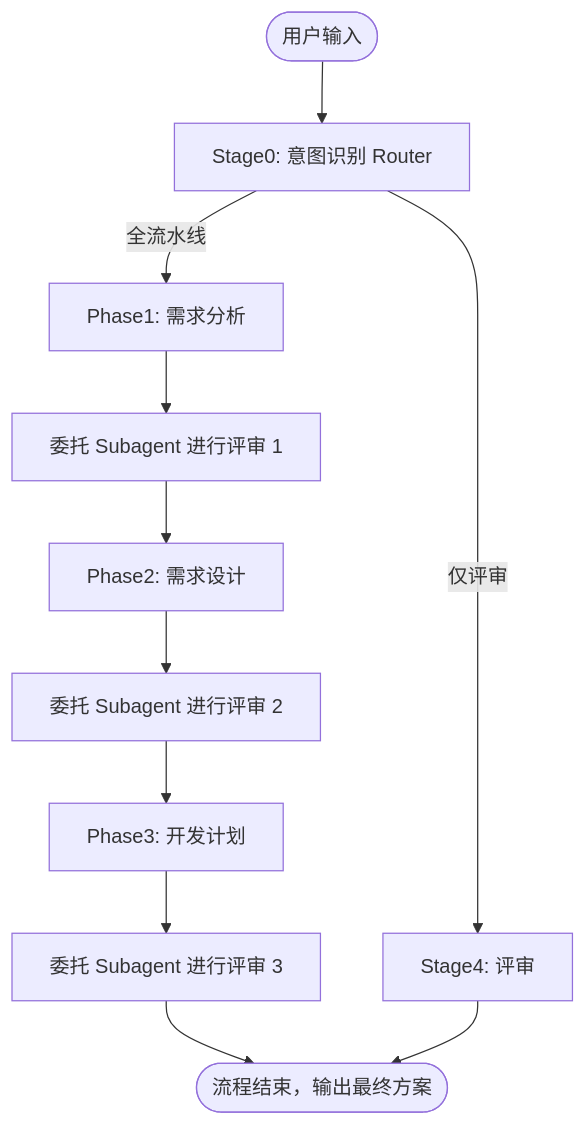
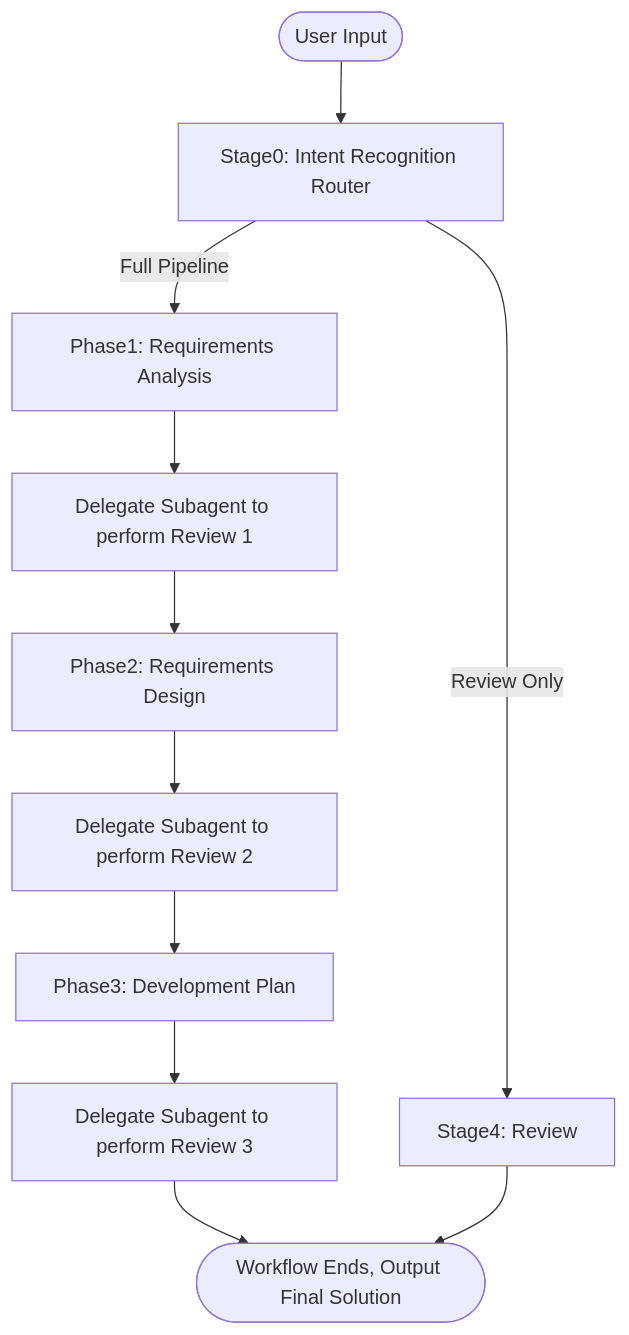
The diagram in src/builtin/skills/requirements-designer/SKILL.md (aiimoyu/hyper-designer), drawn with Mermaid before and after one commit. The commit also changed other lines of this file and 13 other files, not shown here.

First line of the commit message:
Refactor requirements designer workflow and update documentation

````diff
--- a/src/builtin/skills/requirements-designer/SKILL.md
+++ b/src/builtin/skills/requirements-designer/SKILL.md
@@ -63,13 +41,13 @@
 ```mermaid
 flowchart TD
-    Start([用户输入]) --> R0[Stage0: 意图识别 Router]
-    R0 -->|"全流水线"| P1[Phase1: 需求分析]
-    R0 -->|"仅评审"| Rev[Stage4: 评审]
-    P1 --> R1[委托 Subagent 进行评审 1]
-    R1 --> P2[Phase2: 需求设计]
-    P2 --> R2[委托 Subagent 进行评审 2]
-    R2 --> P3[Phase3: 开发计划]
-    P3 --> R3[委托 Subagent 进行评审 3]
-    R3 --> End([流程结束，输出最终方案])
+    Start([User Input]) --> R0[Stage0: Intent Recognition Router]
+    R0 -->|"Full Pipeline"| P1[Phase1: Requirements Analysis]
+    R0 -->|"Review Only"| Rev[Stage4: Review]
+    P1 --> R1[Delegate Subagent to perform Review 1]
+    R1 --> P2[Phase2: Requirements Design]
+    P2 --> R2[Delegate Subagent to perform Review 2]
+    R2 --> P3[Phase3: Development Plan]
+    P3 --> R3[Delegate Subagent to perform Review 3]
+    R3 --> End([Workflow Ends, Output Final Solution])
     Rev --> End
 ```
````
